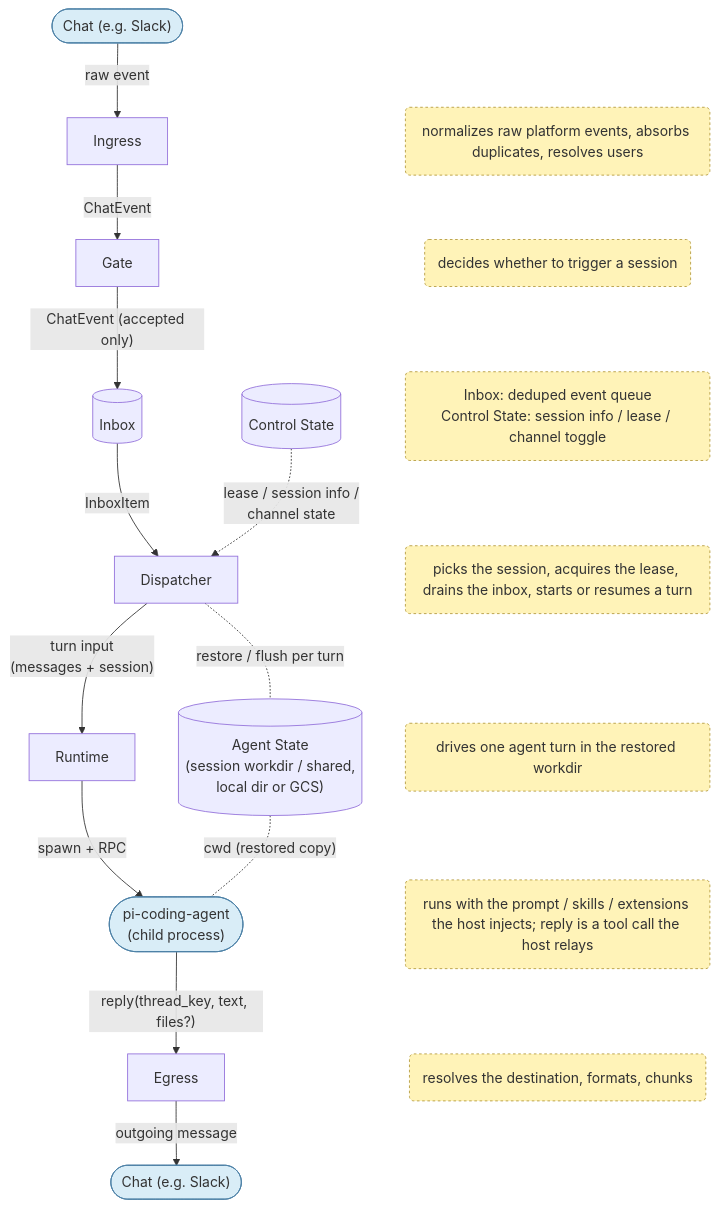
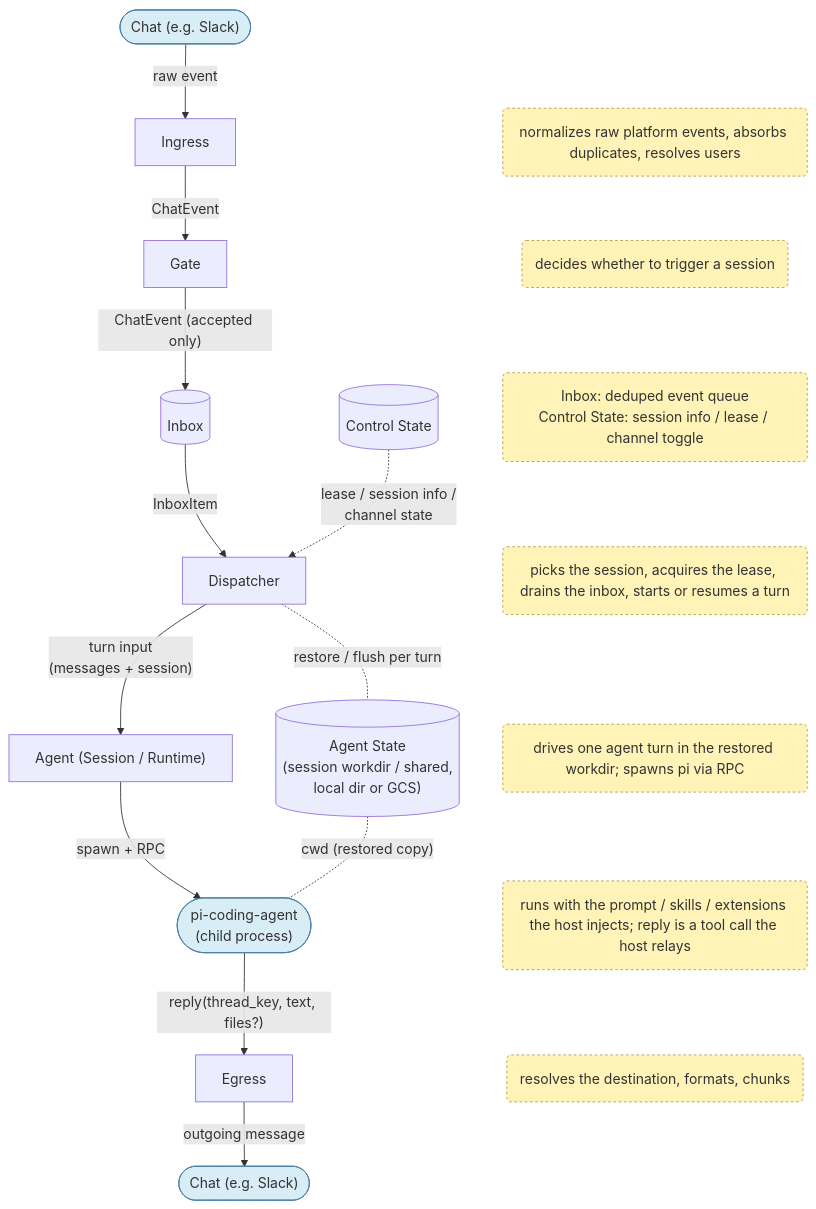
The diagram in README.md (pokutuna/pi-chat-runner), drawn with Mermaid before and after one commit. The commit also changed other lines of this file and 1 other file, not shown here.

Commit message:
docs: fix stale labels in README/CLAUDE architecture notes

````diff
--- a/README.md
+++ b/README.md
@@ -117,47 +117,47 @@
 ```mermaid
 %%{init: {"flowchart": {"wrappingWidth": 320}}}%%
 flowchart TB
     ChatIn(["Chat (e.g. Slack)"]):::external
     ChatOut(["Chat (e.g. Slack)"]):::external
     State[(Control State)]
     Workdir[("Agent State<br/>(session workdir / shared,<br/>local dir or GCS)")]
 
     Ingress[Ingress]
     Gate[Gate]
     Inbox[(Inbox)]
     Dispatcher[Dispatcher]
-    Runtime[Runtime]
+    Runtime["Agent (Session / Runtime)"]
     Egress[Egress]
     Pi(["pi-coding-agent<br/>(child process)"]):::external
 
     NoteES("normalizes raw platform events, absorbs duplicates, resolves users"):::note
     NoteGate("decides whether to trigger a session"):::note
     NoteInbox("Inbox: deduped event queue<br/>Control State: session info / lease / channel toggle"):::note
-    NoteRunner("picks the session, acquires the lease, drains the inbox, starts or resumes a turn"):::note
-    NoteRuntime("drives one agent turn in the restored workdir"):::note
+    NoteDispatcher("picks the session, acquires the lease, drains the inbox, starts or resumes a turn"):::note
+    NoteRuntime("drives one agent turn in the restored workdir; spawns pi via RPC"):::note
     NotePi("runs with the prompt / skills / extensions the host injects; reply is a tool call the host relays"):::note
     NoteEgress("resolves the destination, formats, chunks"):::note
 
     ChatIn -->|raw event| Ingress
     Ingress -->|ChatEvent| Gate
     Gate -->|"ChatEvent (accepted only)"| Inbox
     Inbox -->|InboxItem| Dispatcher
     Dispatcher -->|"turn input<br/>(messages + session)"| Runtime
     Runtime -->|"spawn + RPC"| Pi
     Pi -->|"reply(thread_key, text, files?)"| Egress
     Egress -->|outgoing message| ChatOut
     State -.->|"lease / session info /<br/>channel state"| Dispatcher
     Dispatcher -.-|"restore / flush per turn"| Workdir
     Workdir -.-|"cwd (restored copy)"| Pi
 
     %% notes form an invisible parallel column, each aligned with its component's rank.
     %% NoteAnchor (hidden) keeps the note column independent of the main chain so
     %% the main chain's edges stay straight.
     NoteAnchor[ ]:::hidden
     NoteAnchor ~~~ NoteES
-    NoteES ~~~ NoteGate ~~~ NoteInbox ~~~ NoteRunner ~~~ NoteRuntime ~~~ NotePi ~~~ NoteEgress
+    NoteES ~~~ NoteGate ~~~ NoteInbox ~~~ NoteDispatcher ~~~ NoteRuntime ~~~ NotePi ~~~ NoteEgress
 
     classDef note fill:#fff3b8,stroke:#b59a3b,color:#333,stroke-dasharray:3 3
     classDef external fill:#d9edf7,stroke:#4a7fa5,color:#333
     classDef hidden fill:none,stroke:none,color:transparent
 ```
````
